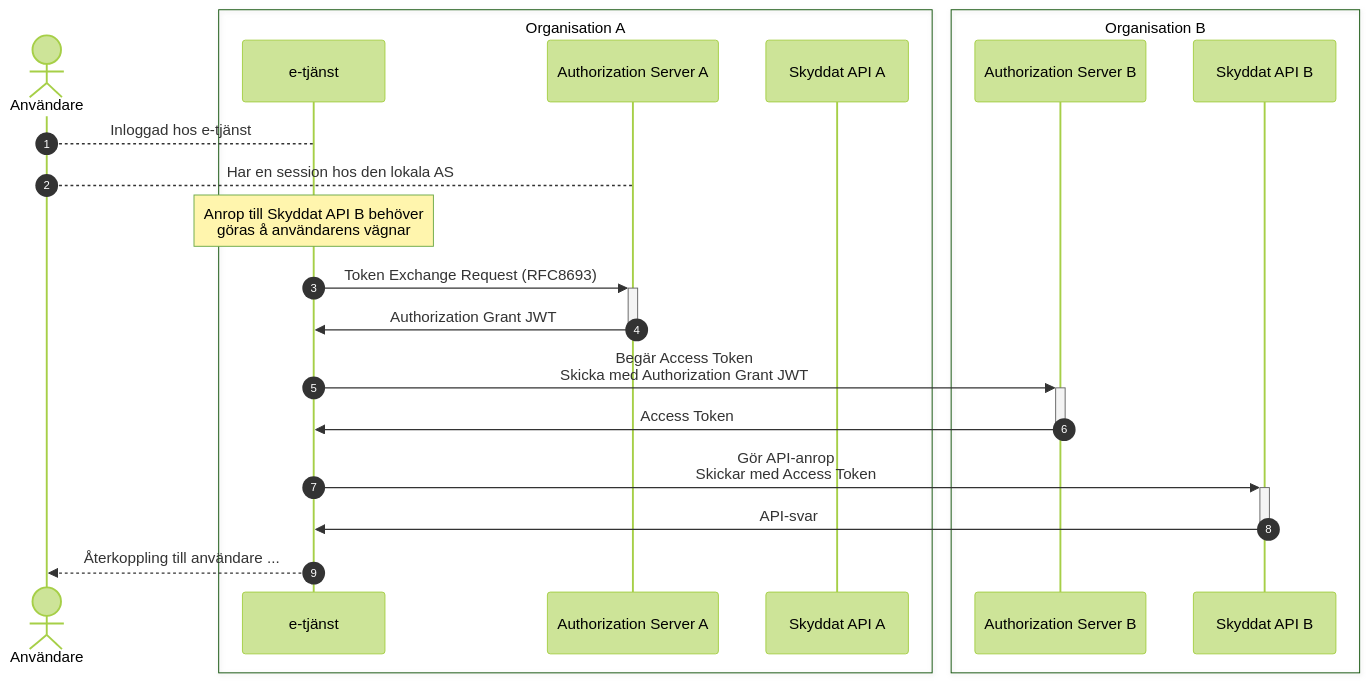
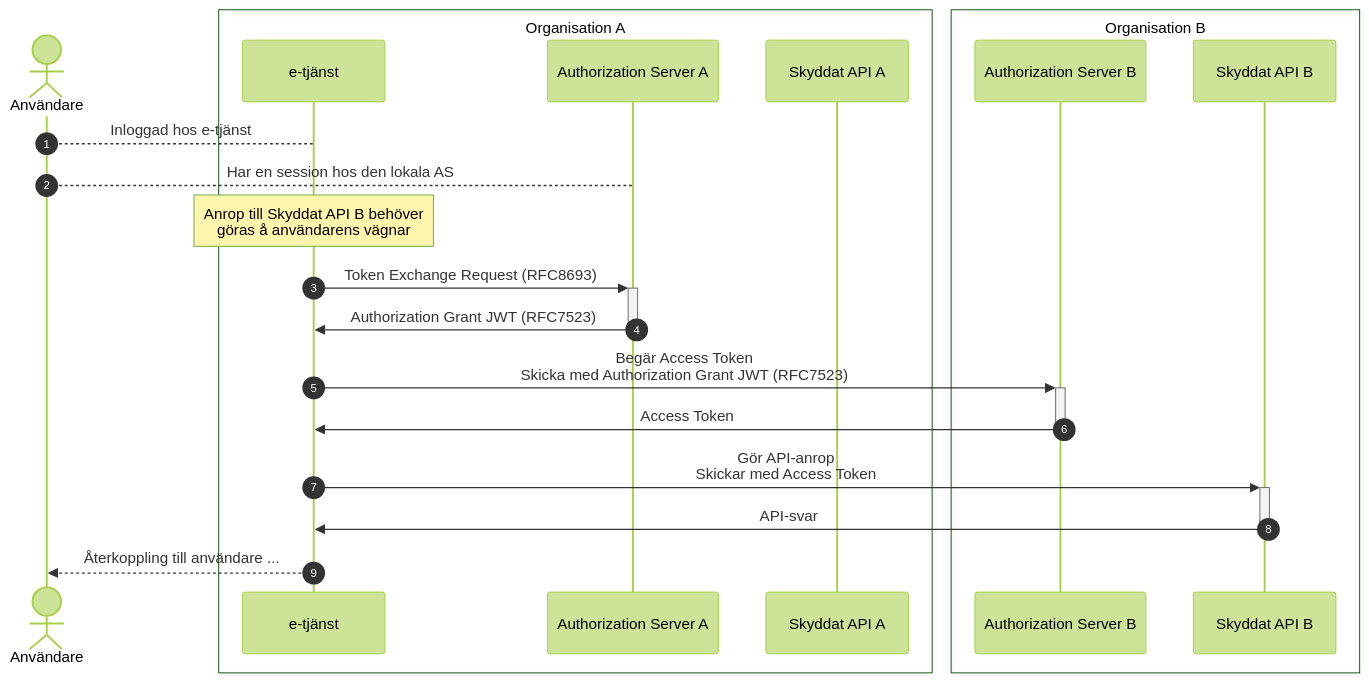
The first of 3 diagrams in architecture/patterns/inter-domain-calls.md (diggsweden/ena-authorization), drawn with Mermaid (forest theme) before and after one commit. The commit also changed other lines of this file, not shown here.

````diff
--- a/architecture/patterns/inter-domain-calls.md
+++ b/architecture/patterns/inter-domain-calls.md
@@ -81,31 +97,31 @@
 ```mermaid
 sequenceDiagram
 autonumber
     actor User as Användare
 
     box Organisation A
         participant Service as e-tjänst
         participant AsA as Authorization Server A
         participant ApiA as Skyddat API A
     end
 
     box Organisation B
         participant AsB as Authorization Server B
         participant ApiB as Skyddat API B
     end
 
     User-->Service: Inloggad hos e-tjänst
     User-->AsA: Har en session hos den lokala AS
 
     Note over Service: Anrop till Skyddat API B behöver<br />göras å användarens vägnar 
     Service->>+AsA: Token Exchange Request (RFC8693)
-    AsA->>-Service: Authorization Grant JWT
+    AsA->>-Service: Authorization Grant JWT (RFC7523)
 
-    Service->>+AsB: Begär Access Token<br />Skicka med Authorization Grant JWT
+    Service->>+AsB: Begär Access Token<br />Skicka med Authorization Grant JWT (RFC7523)
     AsB->>-Service: Access Token
 
     Service->>+ApiB: Gör API-anrop<br />Skickar med Access Token
     ApiB->>-Service: API-svar
 
     Service-->>User: Återkoppling till användare ...
 ```
````
